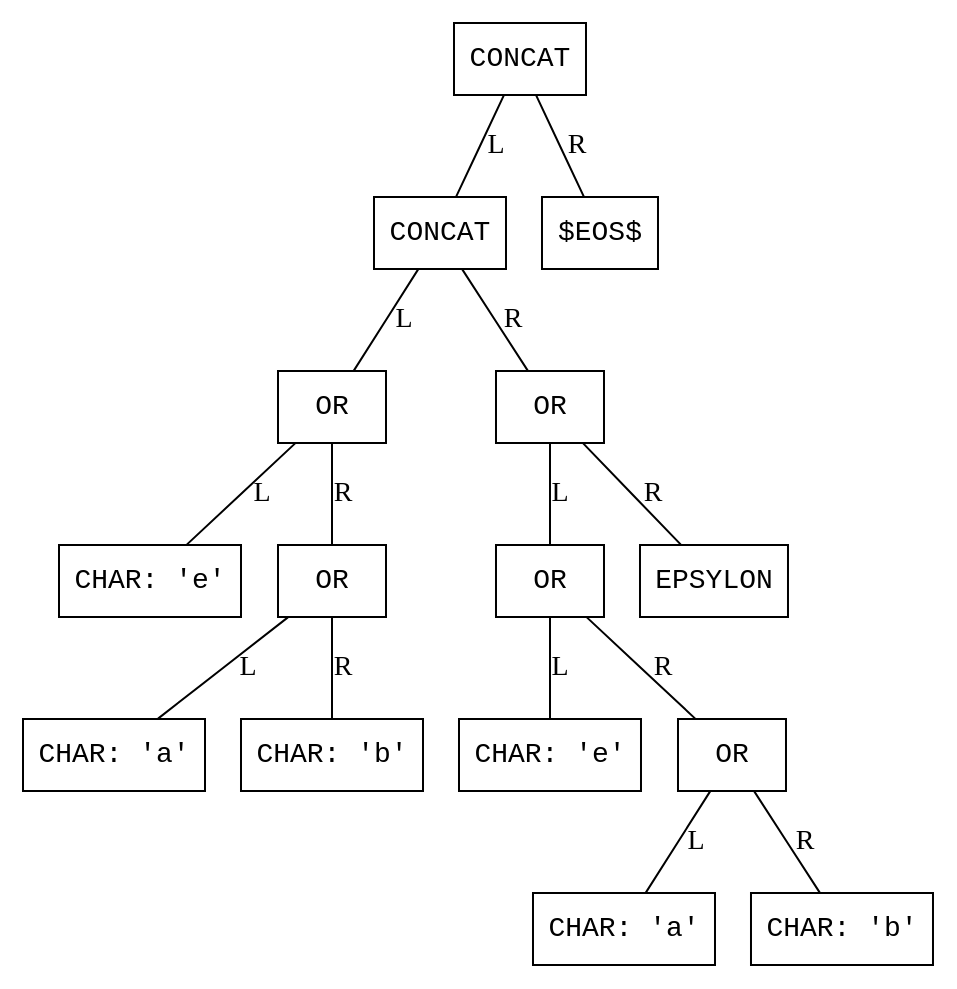
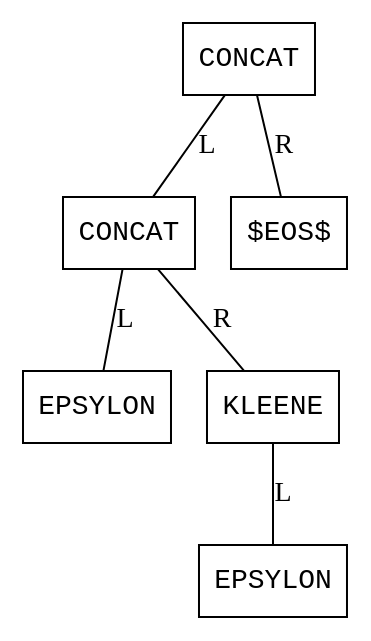
One commit to HotHeadd/automata25_mephi changed the diagram in 2/ast.dot. Above: the diagram before and after it, drawn with Graphviz. The commit also changed 2 other files, not shown here.

```diff
--- a/2/ast.dot
+++ b/2/ast.dot
@@ -1,34 +1,16 @@
 digraph AST {
   node [shape=box, fontname="Courier"];
   edge [arrowhead=none];
 
   0 [label="CONCAT"];
   1 [label="CONCAT"];
-  2 [label="OR"];
-  3 [label="CHAR: 'e'"];
-  2 -> 3 [label="L"];
-  4 [label="OR"];
-  5 [label="CHAR: 'a'"];
-  4 -> 5 [label="L"];
-  6 [label="CHAR: 'b'"];
-  4 -> 6 [label="R"];
-  2 -> 4 [label="R"];
+  2 [label="EPSYLON"];
   1 -> 2 [label="L"];
-  7 [label="OR"];
-  8 [label="OR"];
-  9 [label="CHAR: 'e'"];
-  8 -> 9 [label="L"];
-  10 [label="OR"];
-  11 [label="CHAR: 'a'"];
-  10 -> 11 [label="L"];
-  12 [label="CHAR: 'b'"];
-  10 -> 12 [label="R"];
-  8 -> 10 [label="R"];
-  7 -> 8 [label="L"];
-  13 [label="EPSYLON"];
-  7 -> 13 [label="R"];
-  1 -> 7 [label="R"];
+  3 [label="KLEENE"];
+  4 [label="EPSYLON"];
+  3 -> 4 [label="L"];
+  1 -> 3 [label="R"];
   0 -> 1 [label="L"];
-  14 [label="$EOS$"];
-  0 -> 14 [label="R"];
+  5 [label="$EOS$"];
+  0 -> 5 [label="R"];
 }
```
